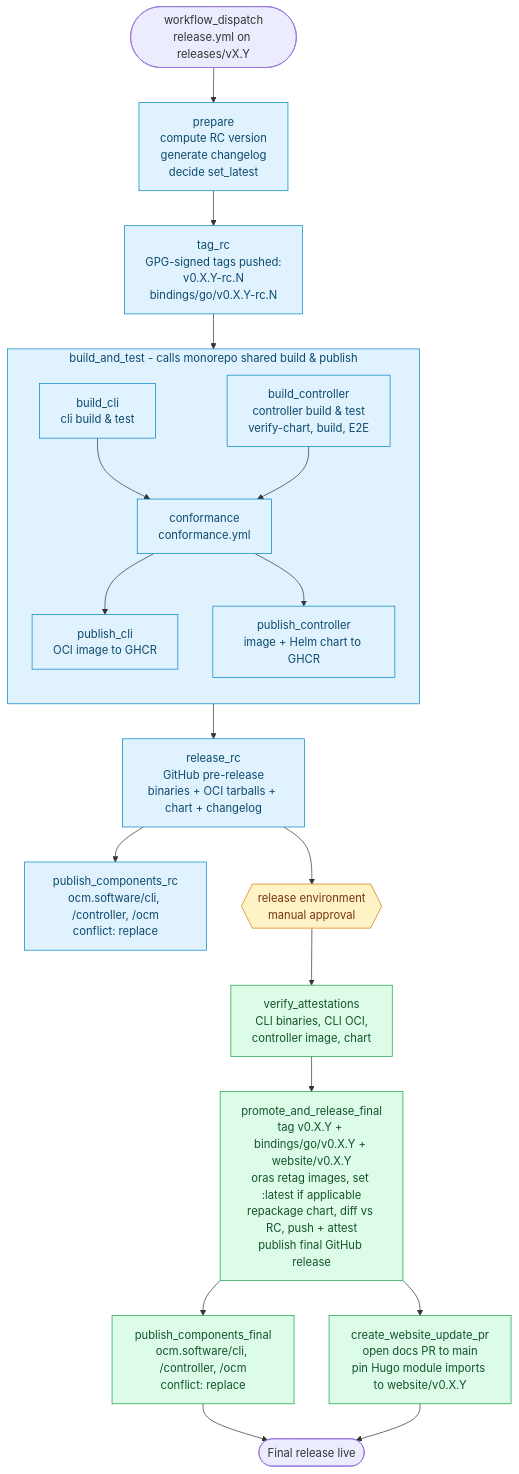
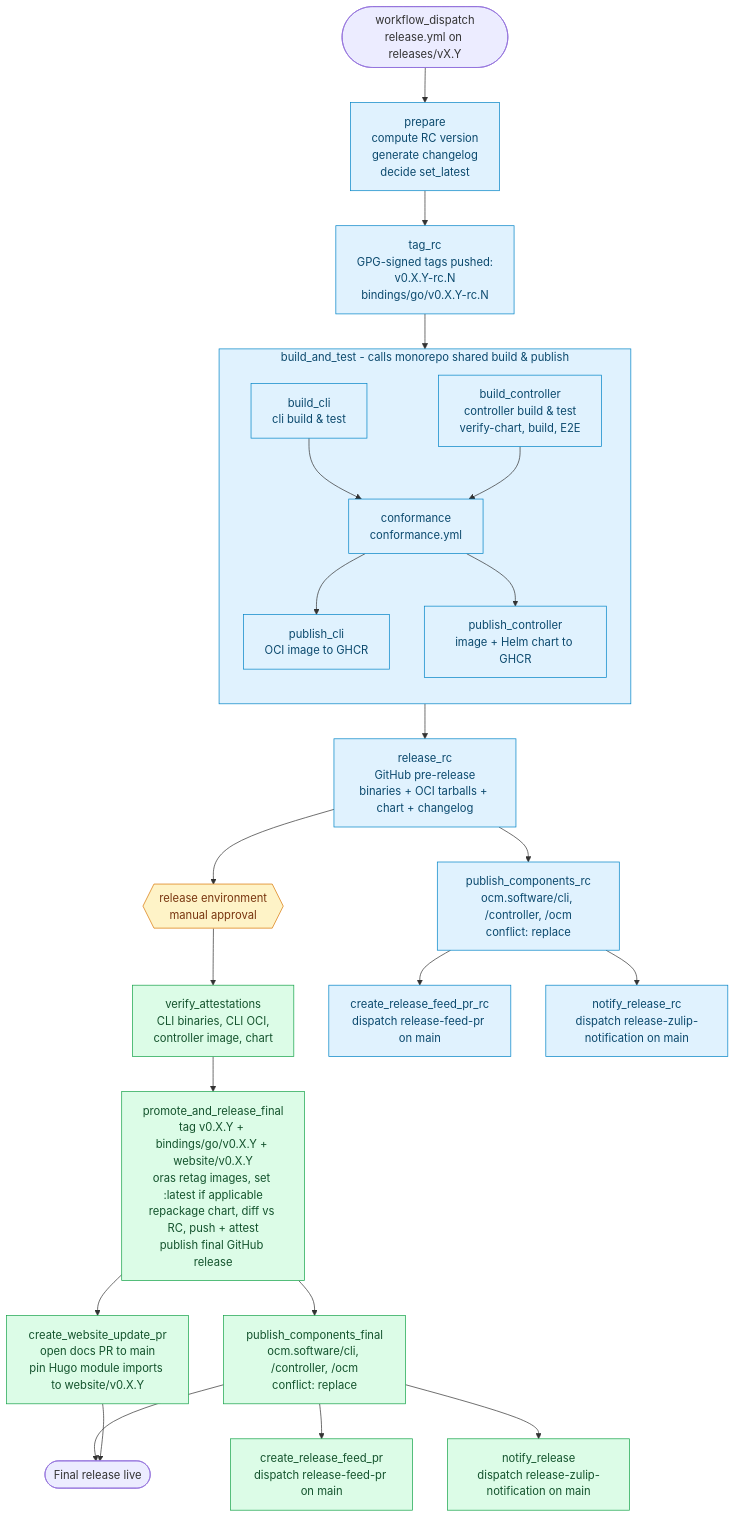
One commit to open-component-model/open-component-model changed the second of 2 diagrams in RELEASE_PROCESS.md. Above: the diagram before and after it, drawn with Mermaid. The commit also changed other lines of this file and 7 other files, not shown here.

First line of the commit message:
feat(release): open pull requests for release feed updates (#4211)

````diff
--- a/RELEASE_PROCESS.md
+++ b/RELEASE_PROCESS.md
@@ -57,39 +57,43 @@
 ```mermaid
 flowchart TD
     Start([workflow_dispatch<br/>release.yml on releases/vX.Y])
     Start --> Prepare[prepare<br/>compute RC version<br/>generate changelog<br/>decide set_latest]
     Prepare --> TagRC[tag_rc<br/>GPG-signed tags pushed:<br/>v0.X.Y-rc.N<br/>bindings/go/v0.X.Y-rc.N]
     TagRC --> Pipeline
 
     subgraph Pipeline["build_and_test - calls monorepo shared build & publish"]
         direction TB
         BuildCLI["build_cli<br/>cli build & test"]
         BuildCtl["build_controller<br/>controller build & test<br/>verify-chart, build, E2E"]
         Conf[conformance<br/>conformance.yml]
         PubCLI[publish_cli<br/>OCI image to GHCR]
         PubCtl[publish_controller<br/>image + Helm chart to GHCR]
 
         BuildCLI --> Conf
         BuildCtl --> Conf
         Conf --> PubCLI
         Conf --> PubCtl
     end
 
     Pipeline --> ReleaseRC[release_rc<br/>GitHub pre-release<br/>binaries + OCI tarballs + chart + changelog]
     ReleaseRC --> PubCompRC[publish_components_rc<br/>ocm.software/cli, /controller, /ocm<br/>conflict: replace]
     ReleaseRC --> Gate{{release environment<br/>manual approval}}
     Gate --> Verify[verify_attestations<br/>CLI binaries, CLI OCI,<br/>controller image, chart]
     Verify --> Promote[promote_and_release_final<br/>tag v0.X.Y + bindings/go/v0.X.Y + website/v0.X.Y<br/>oras retag images, set :latest if applicable<br/>repackage chart, diff vs RC, push + attest<br/>publish final GitHub release]
     Promote --> PubCompFinal[publish_components_final<br/>ocm.software/cli, /controller, /ocm<br/>conflict: replace]
     Promote --> WebsiteDocs[create_website_update_pr<br/>open docs PR to main<br/>pin Hugo module imports to website/v0.X.Y]
     PubCompFinal --> End([Final release live])
     WebsiteDocs --> End
+    PubCompRC --> NotifyMailRC[create_release_feed_pr_rc<br/>dispatch release-feed-pr on main]
+    PubCompRC --> NotifyZulipRC[notify_release_rc<br/>dispatch release-zulip-notification on main]
+    PubCompFinal --> NotifyMailF[create_release_feed_pr<br/>dispatch release-feed-pr on main]
+    PubCompFinal --> NotifyZulipF[notify_release<br/>dispatch release-zulip-notification on main]
 
     classDef rc fill:#e0f2fe,stroke:#0284c7,color:#0c4a6e
     classDef final fill:#dcfce7,stroke:#16a34a,color:#14532d
     classDef gate fill:#fef3c7,stroke:#d97706,color:#78350f
 
-    class Prepare,TagRC,Pipeline,ReleaseRC,PubCompRC,BuildCLI,BuildCtl,Conf,PubCLI,PubCtl rc
-    class Verify,Promote,PubCompFinal,WebsiteDocs final
+    class Prepare,TagRC,Pipeline,ReleaseRC,PubCompRC,BuildCLI,BuildCtl,Conf,PubCLI,PubCtl,NotifyMailRC,NotifyZulipRC rc
+    class Verify,Promote,PubCompFinal,WebsiteDocs,NotifyMailF,NotifyZulipF final
     class Gate gate
 ```
````
